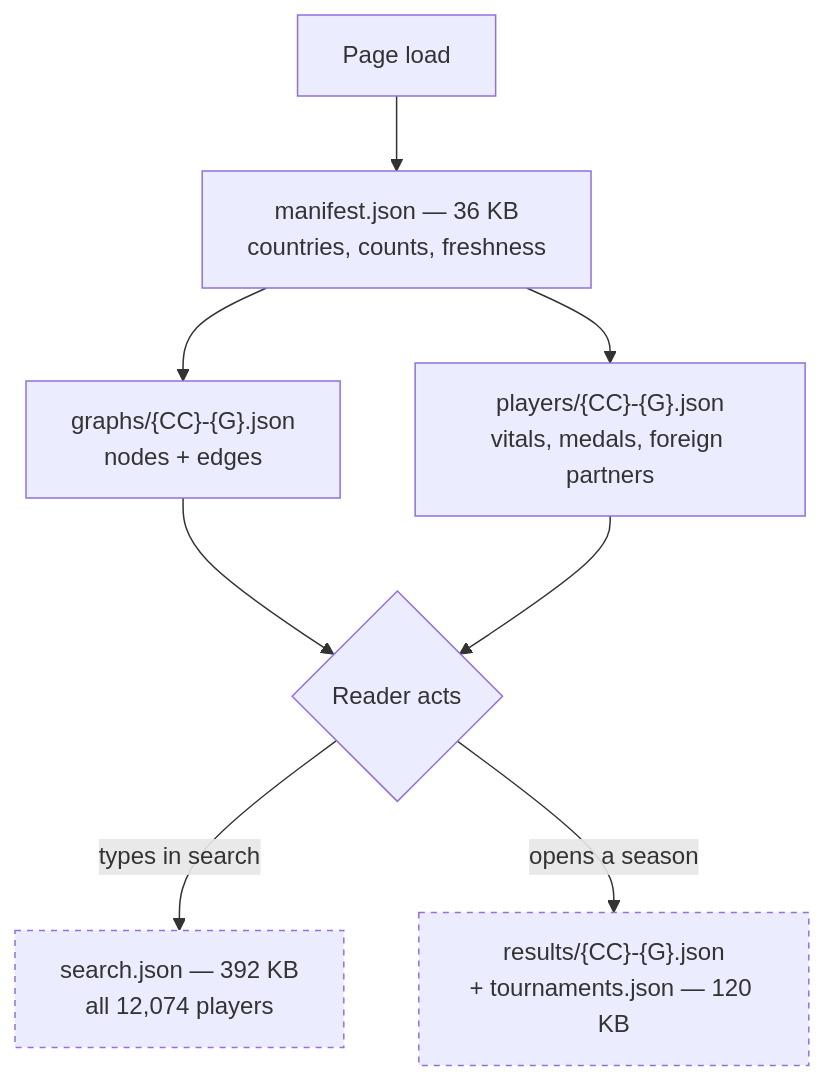
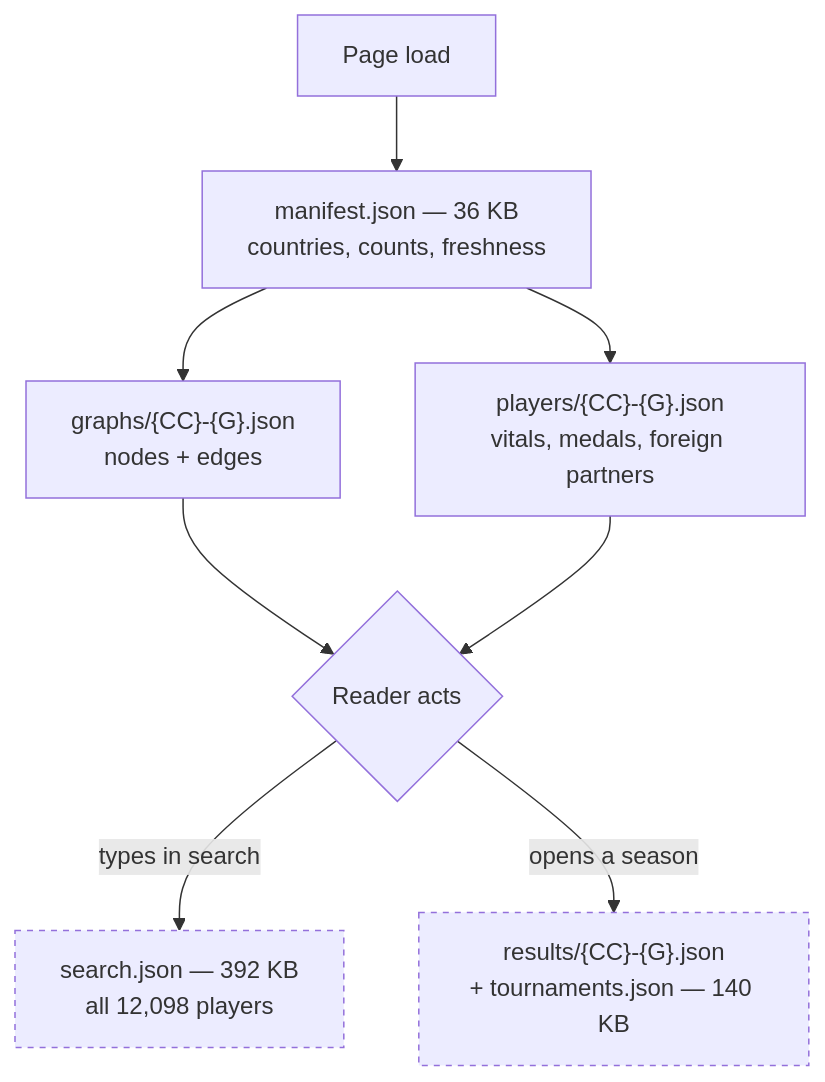
Before and after one commit to eduardopicado/beachvolleyballgraph: the third of 4 diagrams in docs/architecture.md, drawn with Mermaid. The commit also changed other lines of this file and 6 other files, not shown here.

First line of the commit message:
Date the figures in architecture.md, and finish the interval sweep

````diff
--- a/docs/architecture.md
+++ b/docs/architecture.md
@@ -136,13 +141,13 @@
 ```mermaid
 flowchart TD
   A["Page load"] --> B["manifest.json — 36 KB<br/>countries, counts, freshness"]
   B --> C["graphs/{CC}-{G}.json<br/>nodes + edges"]
   B --> D["players/{CC}-{G}.json<br/>vitals, medals, foreign partners"]
   C --> E{"Reader acts"}
   D --> E
-  E -->|"types in search"| F["search.json — 392 KB<br/>all 12,074 players"]
-  E -->|"opens a season"| G["results/{CC}-{G}.json<br/>+ tournaments.json — 120 KB"]
+  E -->|"types in search"| F["search.json — 392 KB<br/>all 12,098 players"]
+  E -->|"opens a season"| G["results/{CC}-{G}.json<br/>+ tournaments.json — 140 KB"]
 
   style F stroke-dasharray: 4 4
   style G stroke-dasharray: 4 4
 ```
````
